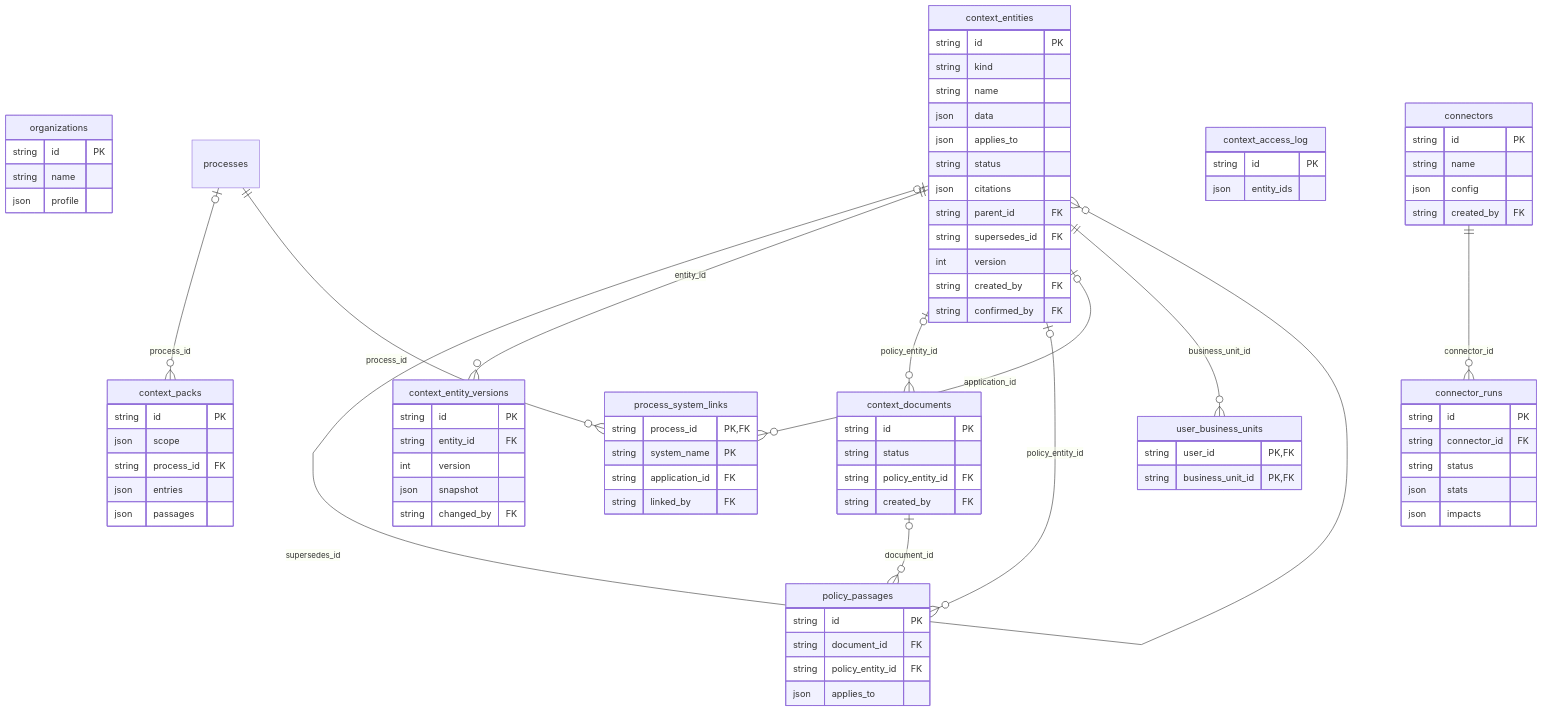
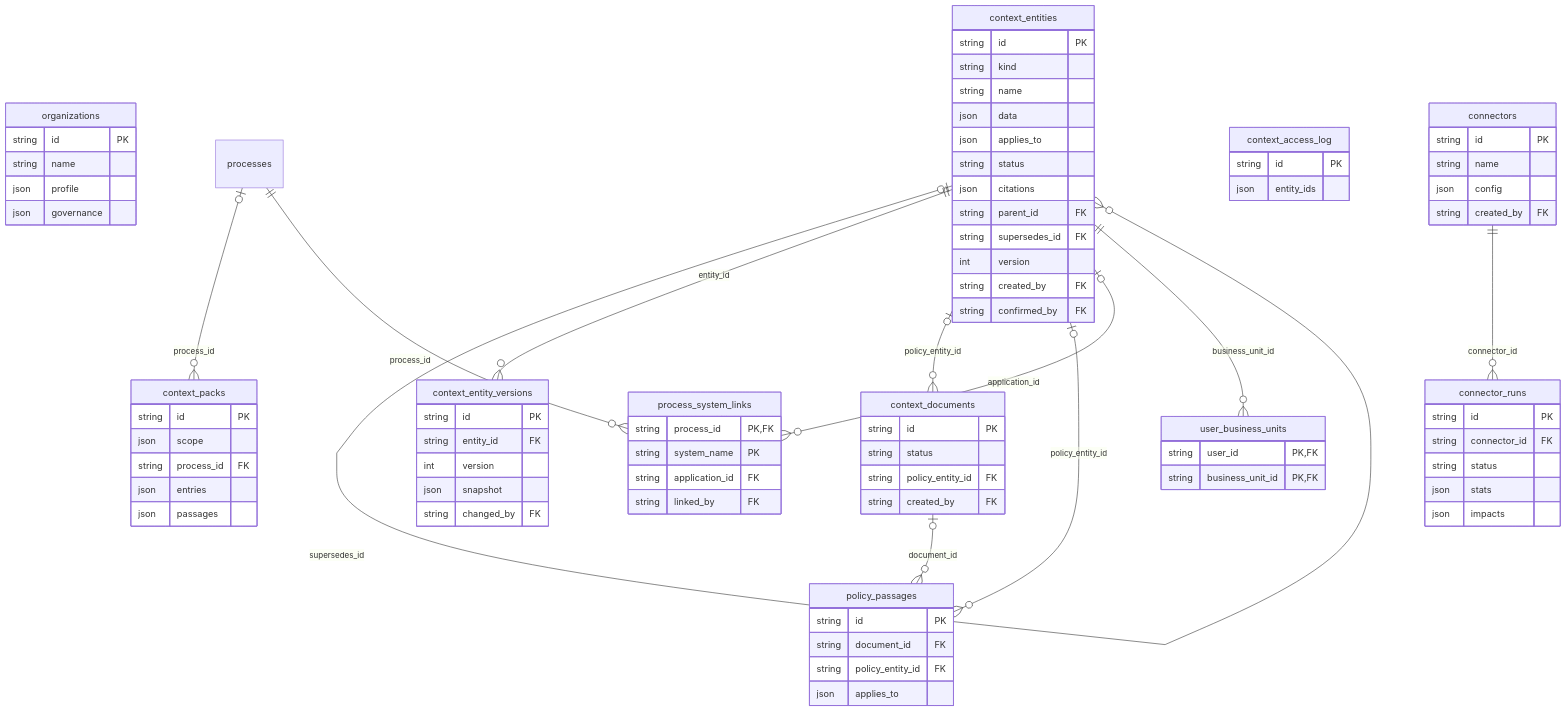
Before and after one commit to jayendukumar/agentify: the fourth of 8 diagrams in docs/wiki/Data-Model.md, drawn with Mermaid. The commit also changed other lines of this file and 16 other files, not shown here.

```diff
--- a/docs/wiki/Data-Model.md
+++ b/docs/wiki/Data-Model.md
@@ -312,6 +318,7 @@
         string id PK
         string name
         json profile
+        json governance
     }
     context_entities {
         string id PK
```
